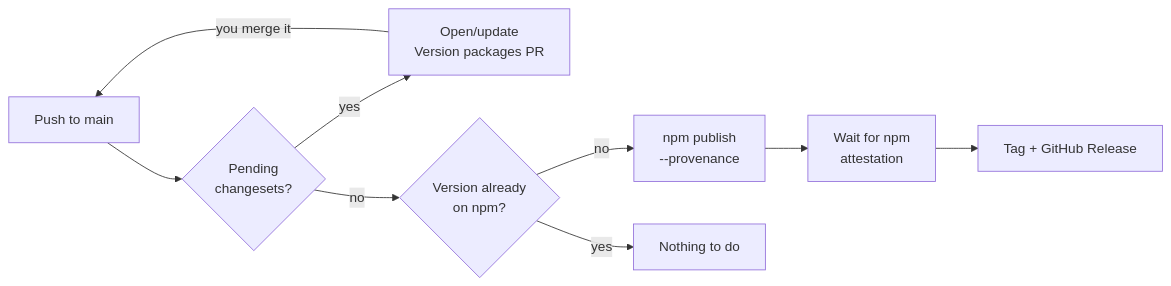
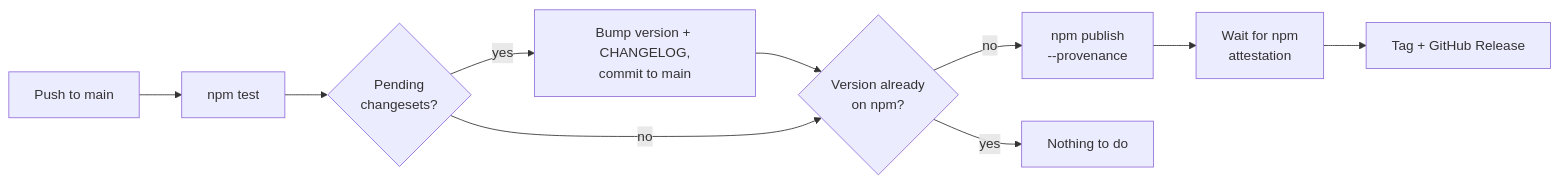
The diagram in CONTRIBUTING.md (folabas/banklogos), drawn with Mermaid before and after one commit. The commit also changed other lines of this file and 3 other files, not shown here.

First line of the commit message:
Release automatically on push: no Version packages PR

````diff
--- a/CONTRIBUTING.md
+++ b/CONTRIBUTING.md
@@ -86,11 +86,12 @@
 ```mermaid
 flowchart LR
-  A[Push to main] --> B{Pending<br/>changesets?}
-  B -- yes --> C[Open/update<br/>Version packages PR]
-  C -- you merge it --> A
+  A[Push to main] --> T[npm test]
+  T --> B{Pending<br/>changesets?}
+  B -- yes --> C[Bump version + CHANGELOG,<br/>commit to main]
+  C --> D
   B -- no --> D{Version already<br/>on npm?}
   D -- no --> E[npm publish<br/>--provenance]
   E --> F[Wait for npm<br/>attestation]
   F --> G[Tag + GitHub Release]
   D -- yes --> H[Nothing to do]
 ```
````
